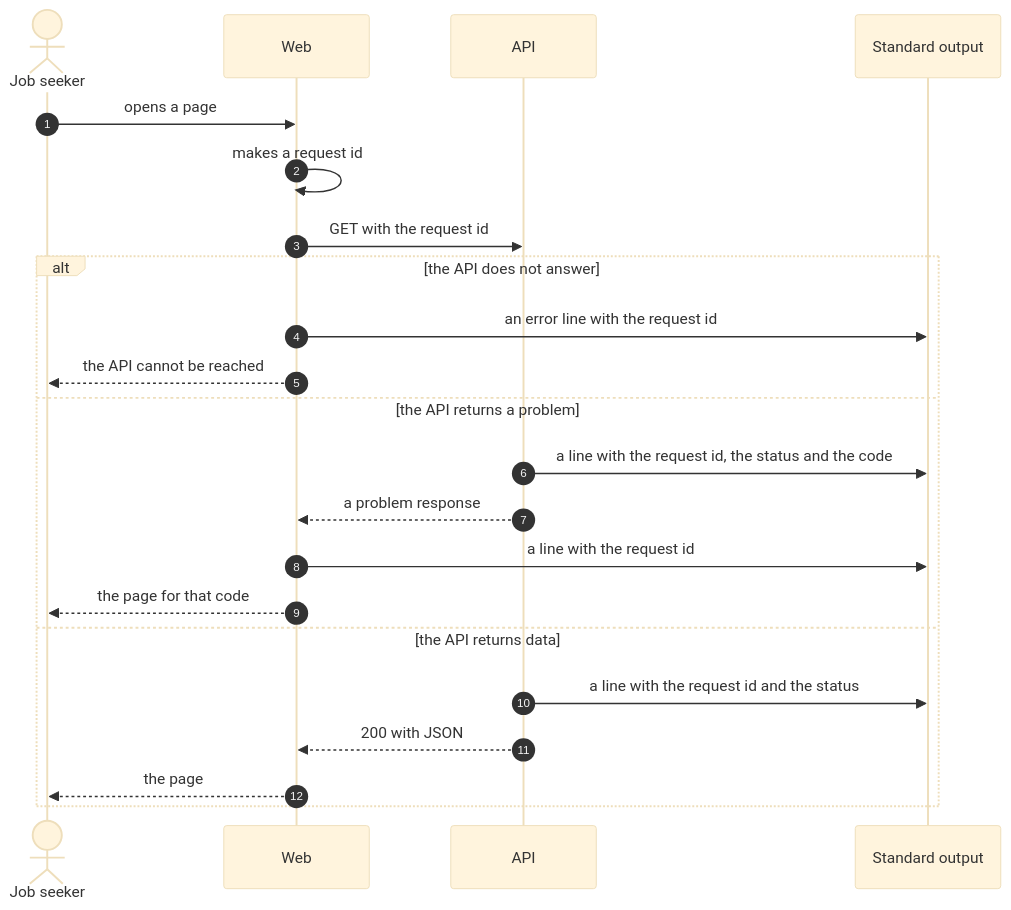
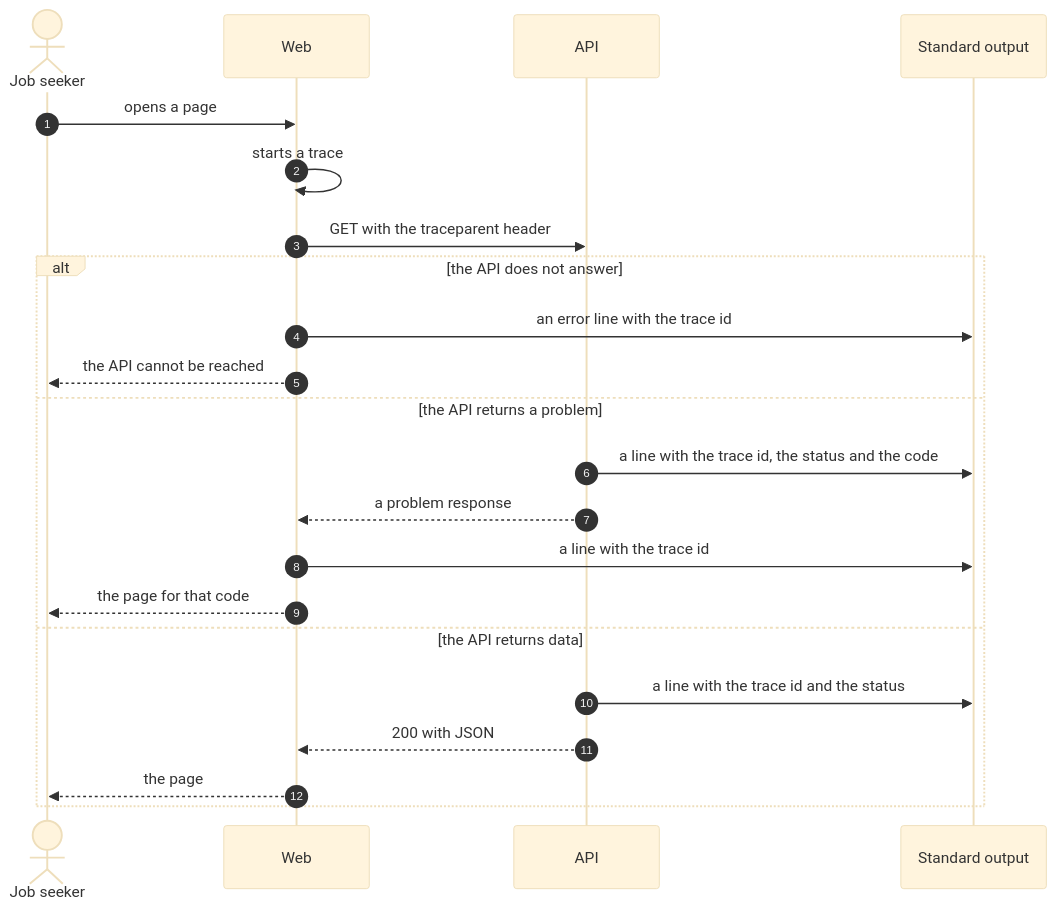
One commit to lyeyixian/job-search-app changed the diagram in docs/architecture/errors-and-logging.md. Above: the diagram before and after it, drawn with Mermaid (base theme). The commit also changed other lines of this file and 6 other files, not shown here.

````diff
--- a/docs/architecture/errors-and-logging.md
+++ b/docs/architecture/errors-and-logging.md
@@ -41,25 +42,25 @@
 ```mermaid
 sequenceDiagram
     autonumber
     actor User as Job seeker
     participant Web
     participant API
     participant Log as Standard output
 
     User->>Web: opens a page
-    Web->>Web: makes a request id
-    Web->>API: GET with the request id
+    Web->>Web: starts a trace
+    Web->>API: GET with the traceparent header
     alt the API does not answer
-        Web->>Log: an error line with the request id
+        Web->>Log: an error line with the trace id
         Web-->>User: the API cannot be reached
     else the API returns a problem
-        API->>Log: a line with the request id, the status and the code
+        API->>Log: a line with the trace id, the status and the code
         API-->>Web: a problem response
-        Web->>Log: a line with the request id
+        Web->>Log: a line with the trace id
         Web-->>User: the page for that code
     else the API returns data
-        API->>Log: a line with the request id and the status
+        API->>Log: a line with the trace id and the status
         API-->>Web: 200 with JSON
         Web-->>User: the page
     end
 ```
````
